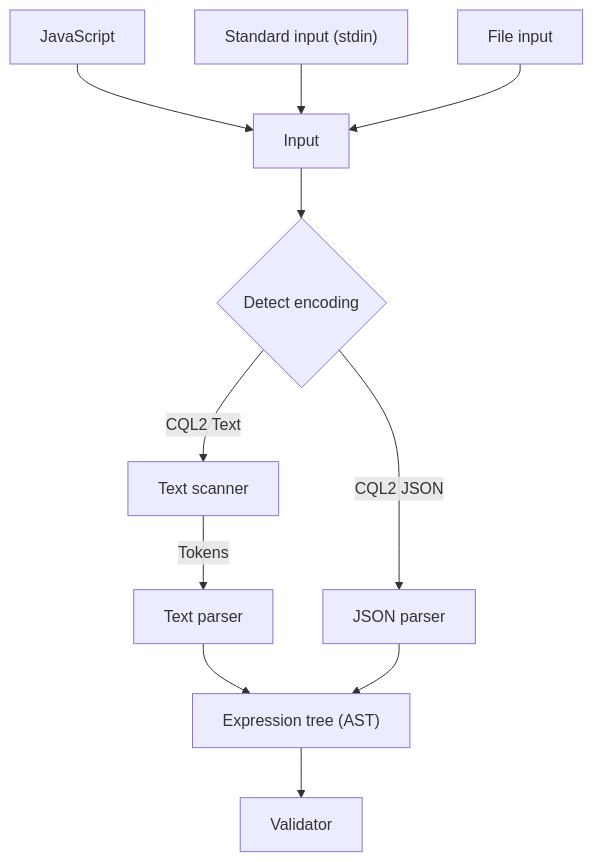
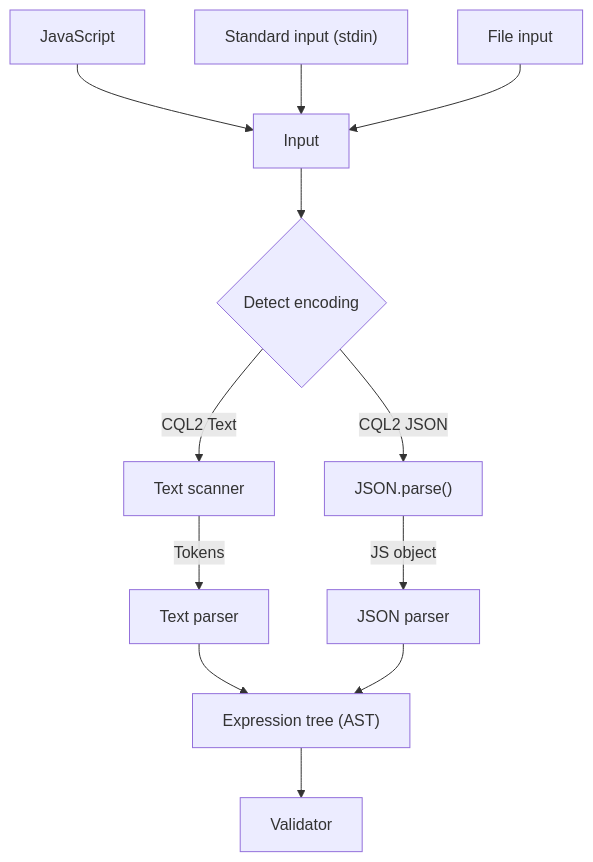
Before and after one commit to NoamRa/ogc-cql2-filters: the diagram in README.md, drawn with Mermaid.

Commit message:
update design

````diff
--- a/README.md
+++ b/README.md
@@ -19,19 +19,20 @@
 ```mermaid
 flowchart TD
     JS[JavaScript] --> IN[Input]
     SI["Standard input (stdin)"] --> IN[Input]
     FI[File input] --> IN[Input]
     IN --> D{Detect encoding}
 
     %% CQL2 Text
     D --> |CQL2 Text| TS[Text scanner]
     TS --> |Tokens| TP[Text parser]
     TP --> E["Expression tree (AST)"]
 
     %% CQL2 JSON
-    D --> |CQL2 JSON| JP[JSON parser]
+    D --> |CQL2 JSON| JSONP["JSON.parse()"]
+    JSONP --> |JS object| JP[JSON parser]
     JP --> E
 
     E --> V[Validator]
 
 ```
````
